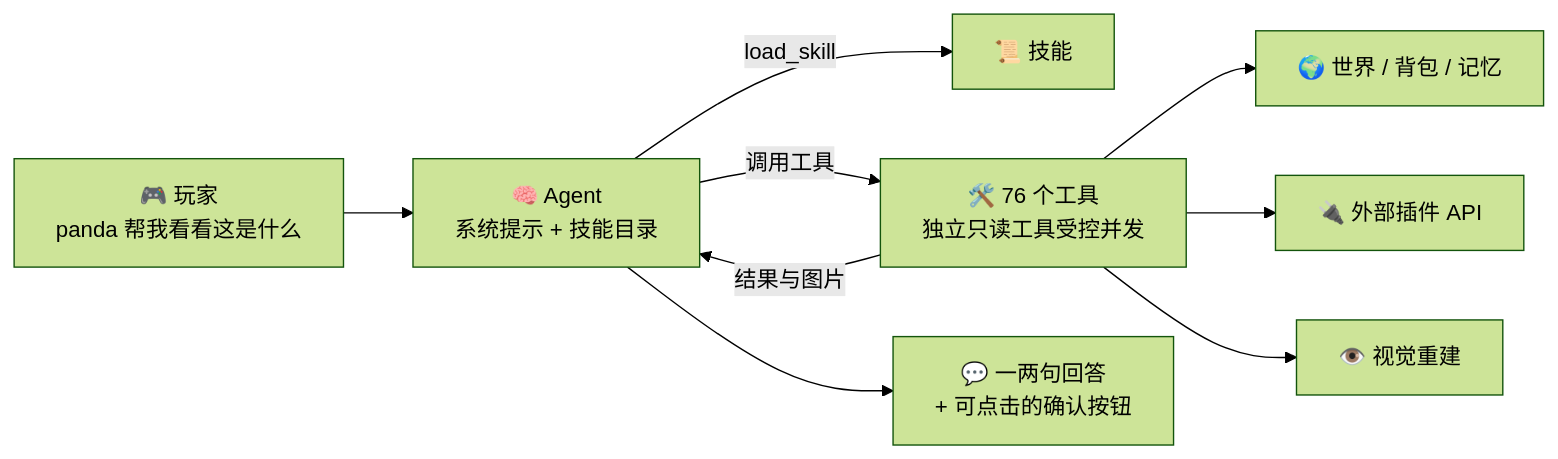
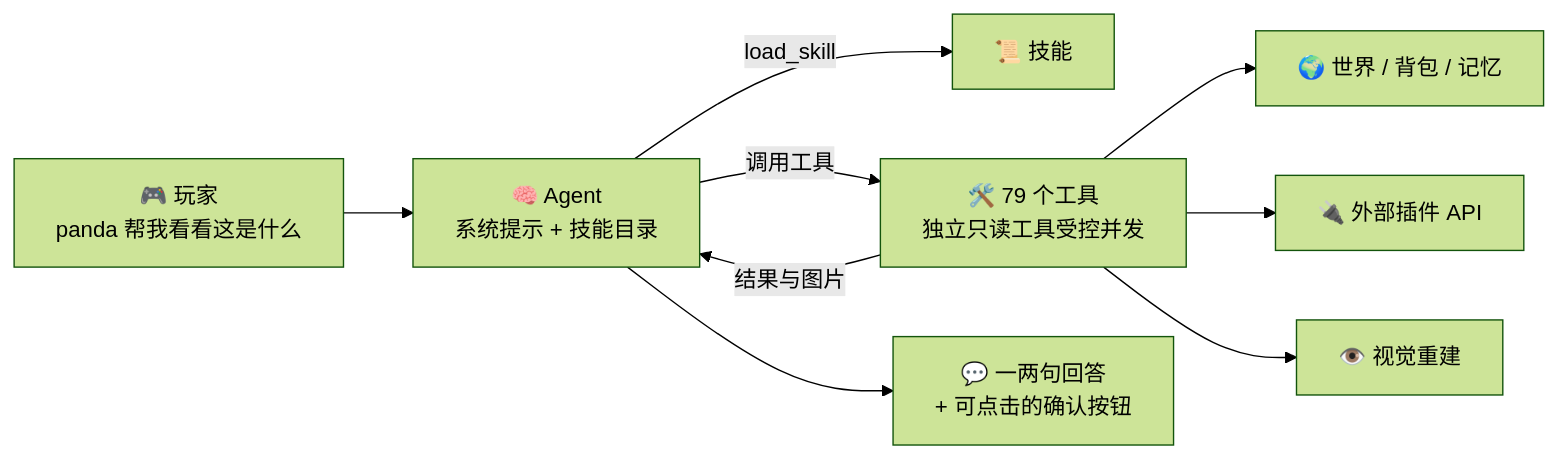
The diagram in docs/wiki/zh/Home.md (obsidianplusplus/PandaGPT), drawn with Mermaid (forest theme) before and after one commit. The commit also changed other lines of this file and 51 other files, not shown here.

````diff
--- a/docs/wiki/zh/Home.md
+++ b/docs/wiki/zh/Home.md
@@ -64,11 +65,11 @@
 ```mermaid
 flowchart LR
     P["🎮 玩家<br/>panda 帮我看看这是什么"] --> A["🧠 Agent<br/>系统提示 + 技能目录"]
     A -->|load_skill| S["📜 技能"]
-    A -->|调用工具| T["🛠️ 76 个工具<br/>独立只读工具受控并发"]
+    A -->|调用工具| T["🛠️ 79 个工具<br/>独立只读工具受控并发"]
     T --> W["🌍 世界 / 背包 / 记忆"]
     T --> I["🔌 外部插件 API"]
     T --> V["👁️ 视觉重建"]
     T -->|结果与图片| A
     A --> R["💬 一两句回答<br/>+ 可点击的确认按钮"]
 ```
````
